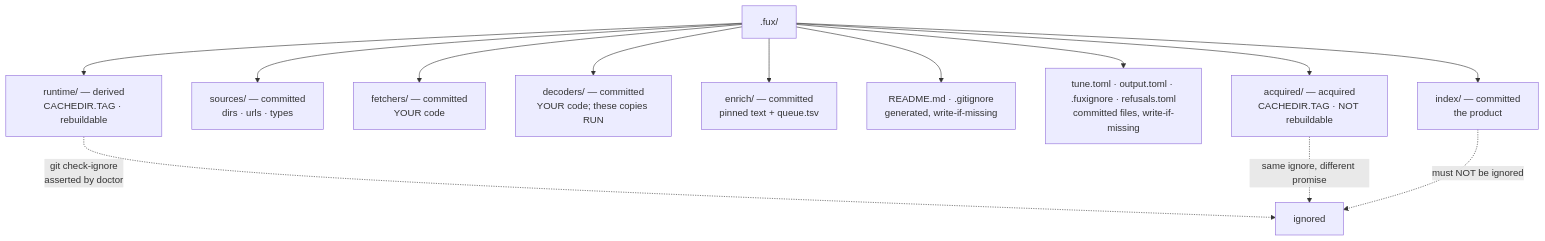
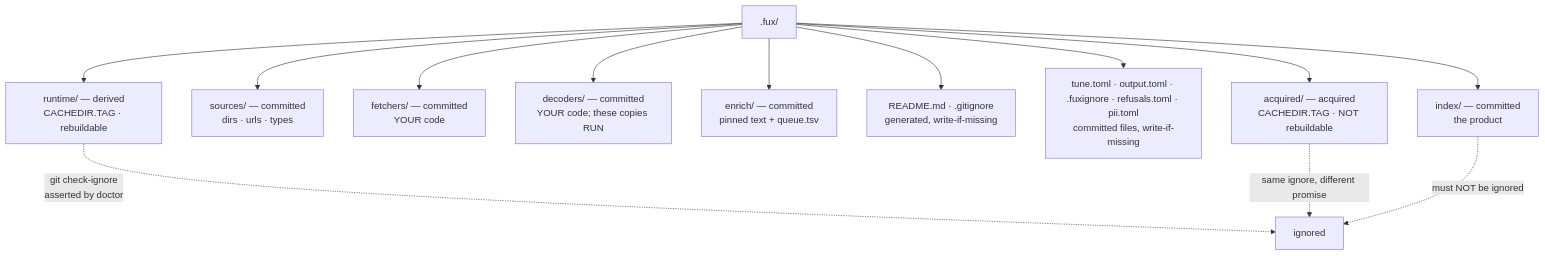
Before and after one commit to arpitarya/fux: the diagram in docs/adr/0012_fux-directory.md, drawn with Mermaid. The commit also changed other lines of this file and 58 other files, not shown here.

````diff
--- a/docs/adr/0012_fux-directory.md
+++ b/docs/adr/0012_fux-directory.md
@@ -41,16 +41,16 @@
 ```mermaid
 flowchart TD
     F[".fux/"]
     F --> C1["index/ — committed<br/>the product"]
     F --> C2["sources/ — committed<br/>dirs · urls · types"]
     F --> C3["fetchers/ — committed<br/>YOUR code"]
     F --> C4["decoders/ — committed<br/>YOUR code; these copies RUN"]
     F --> C5["enrich/ — committed<br/>pinned text + queue.tsv"]
     F --> C6["README.md · .gitignore<br/>generated, write-if-missing"]
-    F --> C7["tune.toml · output.toml · .fuxignore · refusals.toml<br/>committed files, write-if-missing"]
+    F --> C7["tune.toml · output.toml · .fuxignore · refusals.toml · pii.toml<br/>committed files, write-if-missing"]
     F --> D1["runtime/ — derived<br/>CACHEDIR.TAG · rebuildable"]
     F --> A1["acquired/ — acquired<br/>CACHEDIR.TAG · NOT rebuildable"]
     D1 -.->|"git check-ignore<br/>asserted by doctor"| G["ignored"]
     A1 -.->|"same ignore, different promise"| G
     C1 -.->|"must NOT be ignored"| G
 ```
````
